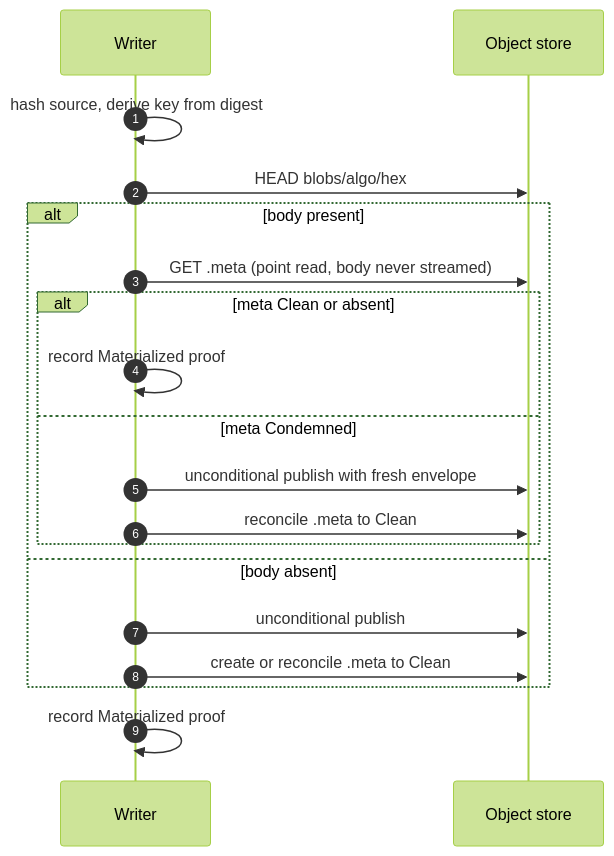
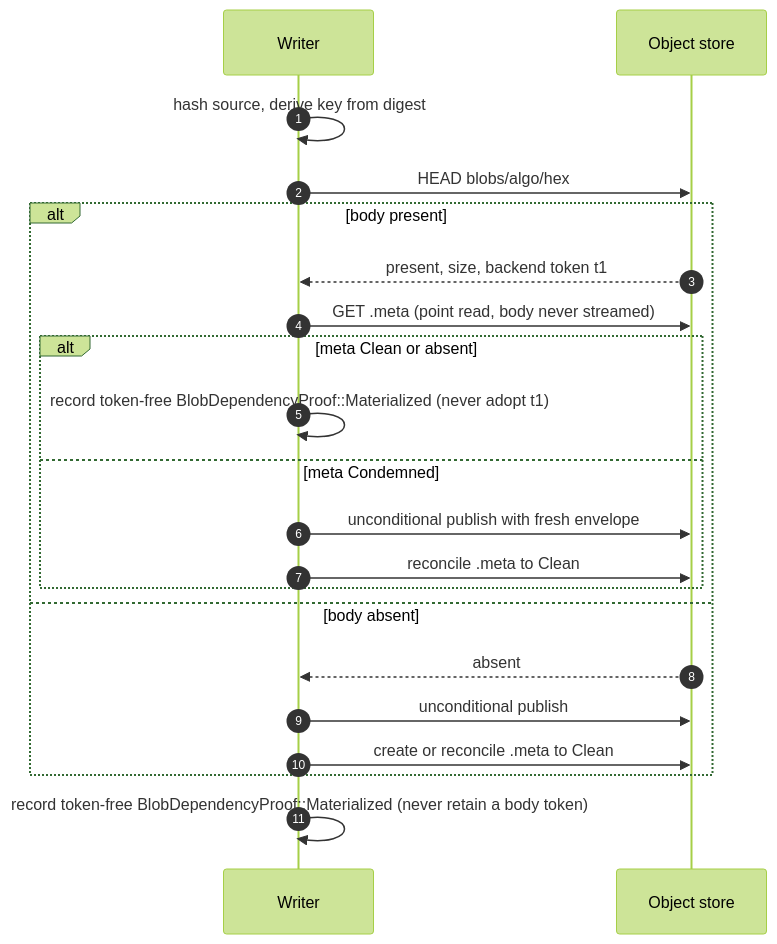
Before and after one commit to Altinity/ClickHouse: the first of 2 diagrams in docs/en/antalya/cas/architecture/blob-protocol.md, drawn with Mermaid (forest theme). The commit also changed other lines of this file and 7 other files, not shown here.

````diff
--- a/docs/en/antalya/cas/architecture/blob-protocol.md
+++ b/docs/en/antalya/cas/architecture/blob-protocol.md
@@ -28,22 +28,24 @@
 ```mermaid
 sequenceDiagram
     autonumber
     participant Writer
     participant S3 as Object store
 
     Writer->>Writer: hash source, derive key from digest
     Writer->>S3: HEAD blobs/algo/hex
     alt body present
+        S3-->>Writer: present, size, backend token t1
         Writer->>S3: GET .meta (point read, body never streamed)
         alt meta Clean or absent
-            Writer->>Writer: record Materialized proof
+            Writer->>Writer: record token-free BlobDependencyProof::Materialized (never adopt t1)
         else meta Condemned
             Writer->>S3: unconditional publish with fresh envelope
             Writer->>S3: reconcile .meta to Clean
         end
     else body absent
+        S3-->>Writer: absent
         Writer->>S3: unconditional publish
         Writer->>S3: create or reconcile .meta to Clean
     end
-    Writer->>Writer: record Materialized proof
+    Writer->>Writer: record token-free BlobDependencyProof::Materialized (never retain a body token)
 ```
````
